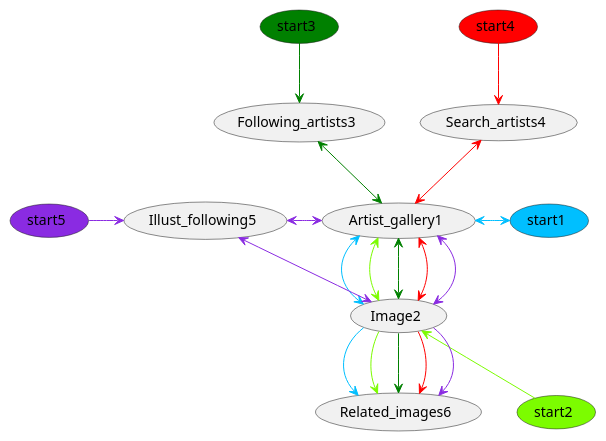
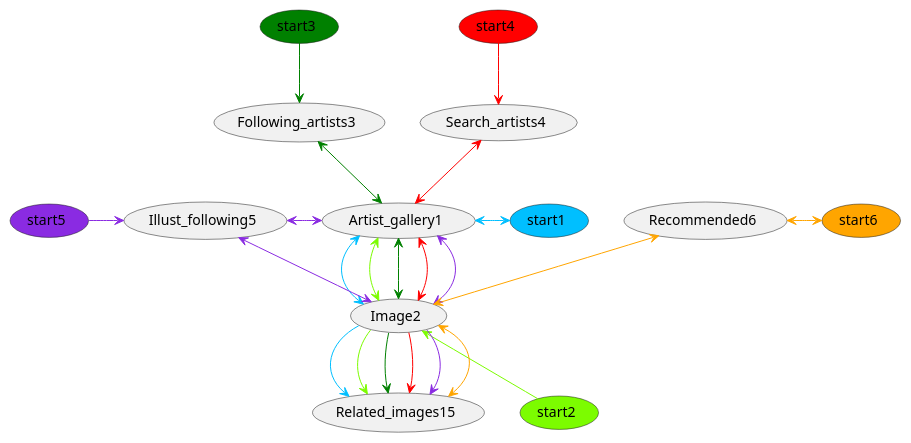
One commit to akazukin5151/koneko changed the diagram in puml/flowchart.puml. Above: the diagram before and after it, drawn with PlantUML.

Commit message:
Update puml for mode 6

```diff
--- a/puml/flowchart.puml
+++ b/puml/flowchart.puml
@@ -1,39 +1,45 @@
 @startuml
 
 usecase Artist_gallery1
 usecase Image2
 usecase Following_artists3
 usecase Search_artists4
 usecase Illust_following5
-usecase Related_images6
+usecase Related_images15
+usecase Recommended6
 
 usecase start1 #DeepSkyBlue
 Artist_gallery1 <-[#DeepSkyBlue]right-> start1
 Artist_gallery1 <-[#DeepSkyBlue]-> Image2
 
 usecase start2 #LawnGreen
 Artist_gallery1 <-[#LawnGreen]-> Image2
 Image2 <-[#LawnGreen]- start2
-Image2 -[#DeepSkyBlue]-> Related_images6
-Image2 -[#LawnGreen]-> Related_images6
-Image2 -[#green]-> Related_images6
-Image2 -[#red]-> Related_images6
-Image2 -[#BlueViolet]-> Related_images6
+Image2 -[#DeepSkyBlue]-> Related_images15
+Image2 -[#LawnGreen]-> Related_images15
+Image2 -[#green]-> Related_images15
+Image2 -[#red]-> Related_images15
+Image2 -[#BlueViolet]-> Related_images15
 
 usecase start3 #green
 Following_artists3 <-[#green]-> Artist_gallery1
 Artist_gallery1 <-[#green]-> Image2
 Following_artists3 <-[#green]up- start3
 
 usecase start4 #red
 Search_artists4 <-[#red]-> Artist_gallery1
 Search_artists4 <-[#red]up- start4
 Artist_gallery1 <-[#red]-> Image2
 
 usecase start5 #BlueViolet
 Illust_following5 <-[#BlueViolet]-> Image2
 Illust_following5 <-[#BlueViolet]left- start5
 Artist_gallery1 <-[#BlueViolet]-> Image2
 Illust_following5 <-[#BlueViolet]right-> Artist_gallery1
 
+usecase start6 #Orange
+Recommended6 <-[#Orange]right-> start6
+Recommended6 <-[#Orange]-> Image2
+Image2 <-[#Orange]-> Related_images15
+
 @enduml
```
